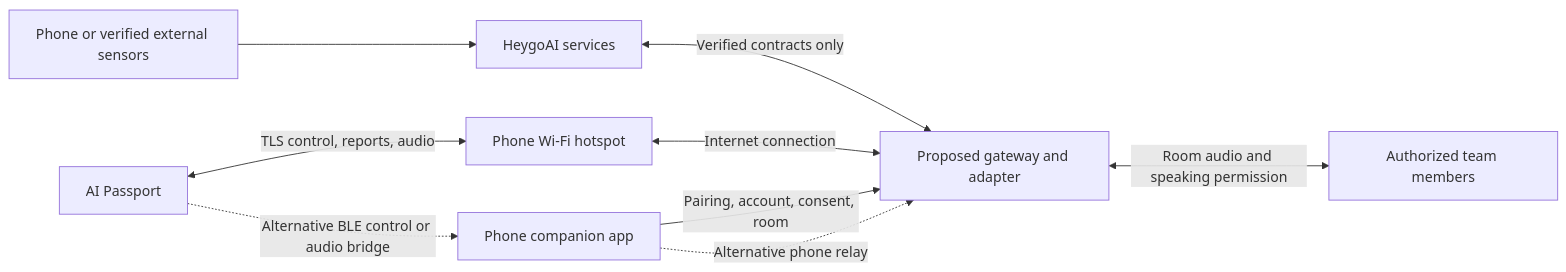
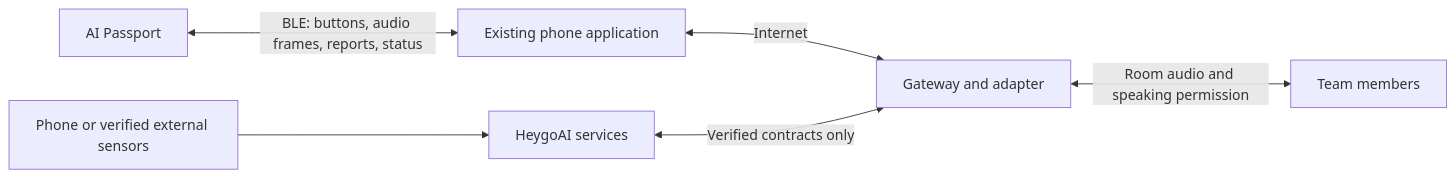
Before and after one commit to Azuresword/Heygo-AiPassport: the first of 3 diagrams in 需求文件夹/02-architecture.md, drawn with Mermaid. The commit also changed other lines of this file and 13 other files, not shown here.

````diff
--- a/需求文件夹/02-architecture.md
+++ b/需求文件夹/02-architecture.md
@@ -56,11 +59,8 @@
 ```mermaid
 flowchart LR
     S[Phone or verified external sensors] --> H[HeygoAI services]
-    U[Phone companion app] -->|Pairing, account, consent, room| G[Proposed gateway and adapter]
+    P[AI Passport] <-->|BLE: buttons, audio frames, reports, status| U[Existing phone application]
+    U <-->|Internet| G[Gateway and adapter]
     H <-->|Verified contracts only| G
-    P[AI Passport] <-->|TLS control, reports, audio| W[Phone Wi-Fi hotspot]
-    W <-->|Internet connection| G
-    G <-->|Room audio and speaking permission| R[Authorized team members]
-    P -.->|Alternative BLE control or audio bridge| U
-    U -.->|Alternative phone relay| G
+    G <-->|Room audio and speaking permission| R[Team members]
 ```
````
